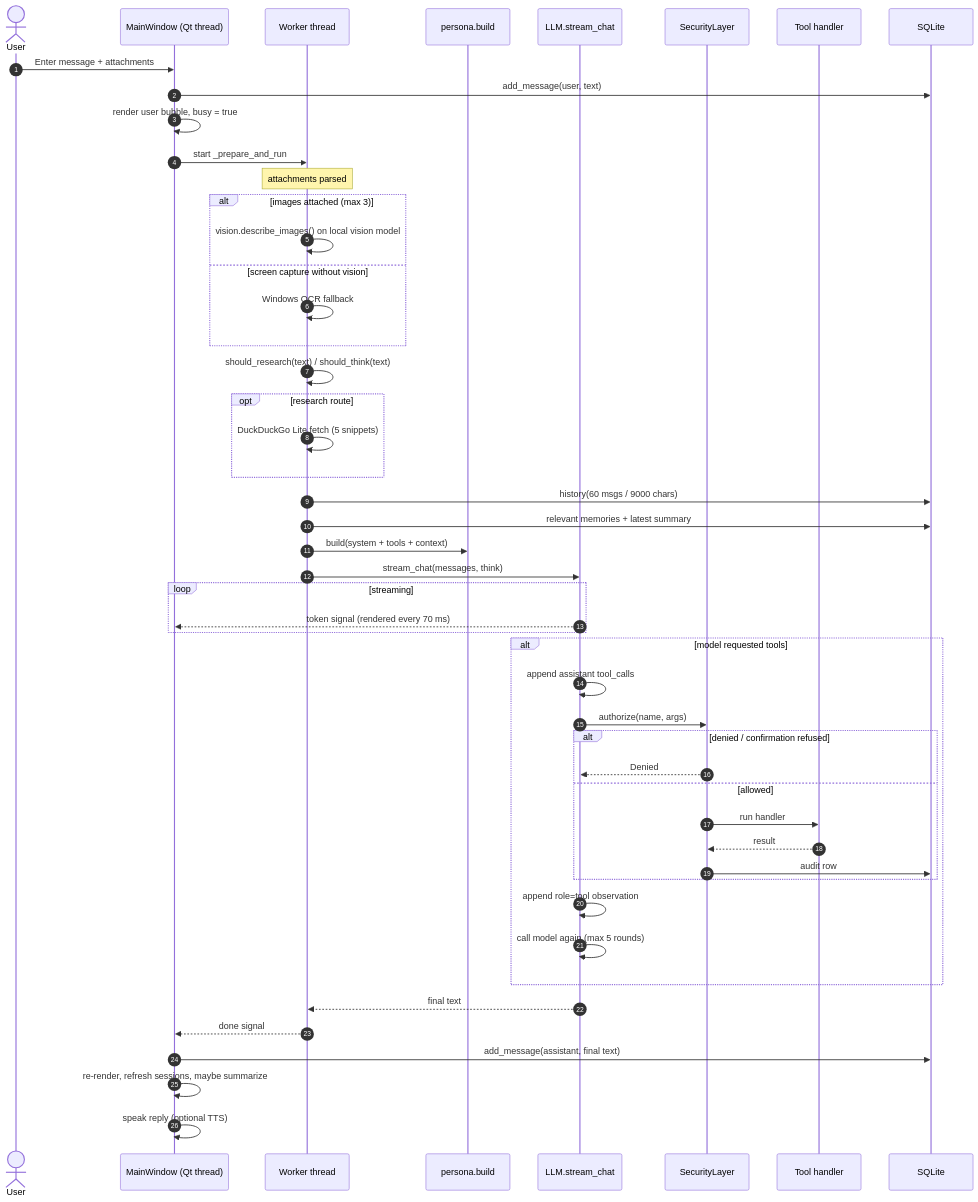
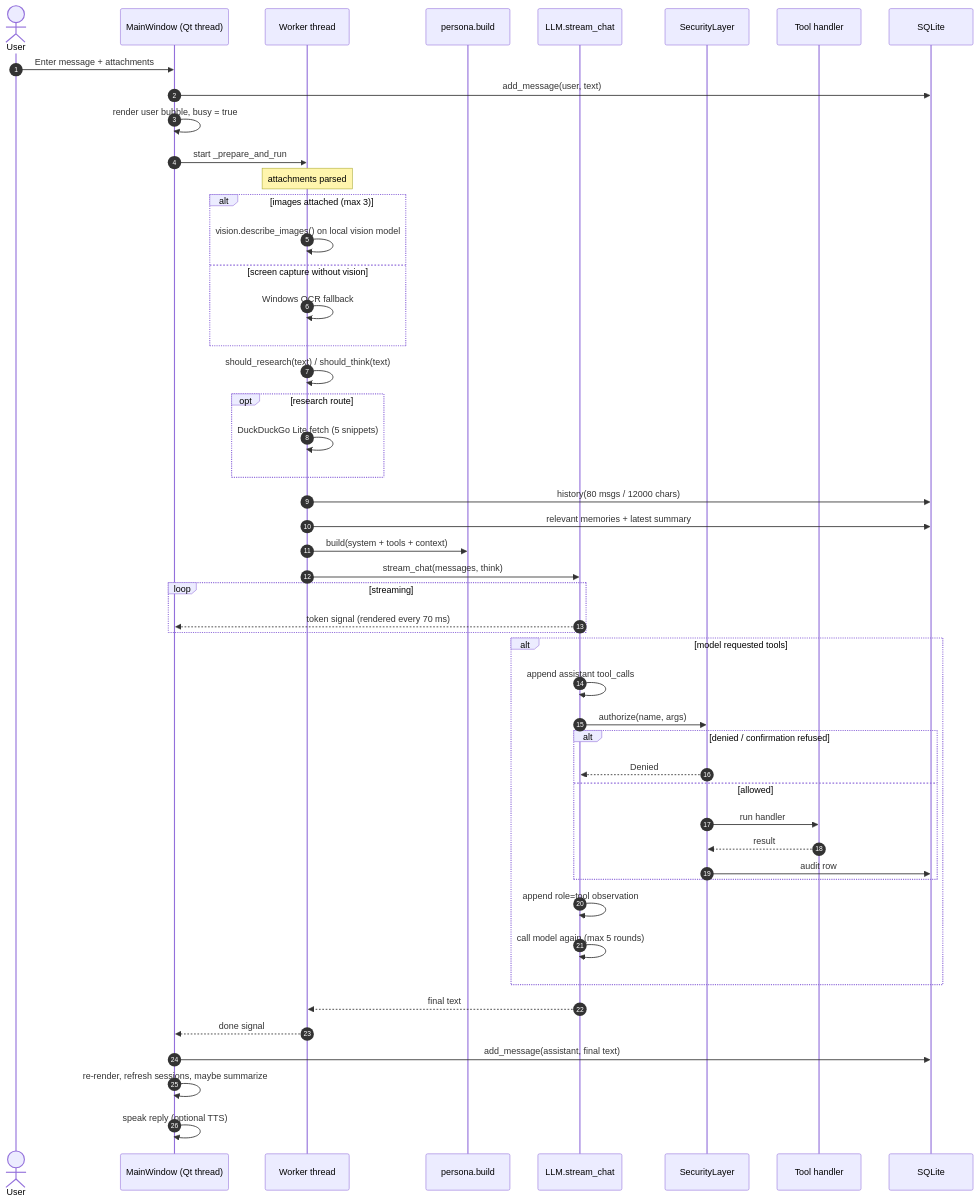
The first of 3 diagrams in docs/DATA_FLOW.md (Baichau/Himari), drawn with Mermaid before and after one commit. The commit also changed 91 other files, not shown here.

````diff
--- a/docs/DATA_FLOW.md
+++ b/docs/DATA_FLOW.md
@@ -7,52 +7,52 @@
 ```mermaid
 sequenceDiagram
     autonumber
     actor U as User
     participant W as MainWindow (Qt thread)
     participant T as Worker thread
     participant P as persona.build
     participant L as LLM.stream_chat
     participant S as SecurityLayer
     participant H as Tool handler
     participant D as SQLite
 
     U->>W: Enter message + attachments
     W->>D: add_message(user, text)
     W->>W: render user bubble, busy = true
     W->>T: start _prepare_and_run
     Note over T: attachments parsed
     alt images attached (max 3)
         T->>T: vision.describe_images() on local vision model
     else screen capture without vision
         T->>T: Windows OCR fallback
     end
     T->>T: should_research(text) / should_think(text)
     opt research route
         T->>T: DuckDuckGo Lite fetch (5 snippets)
     end
-    T->>D: history(60 msgs / 9000 chars)
+    T->>D: history(80 msgs / 12000 chars)
     T->>D: relevant memories + latest summary
     T->>P: build(system + tools + context)
     T->>L: stream_chat(messages, think)
     loop streaming
         L-->>W: token signal (rendered every 70 ms)
     end
     alt model requested tools
         L->>L: append assistant tool_calls
         L->>S: authorize(name, args)
         alt denied / confirmation refused
             S-->>L: Denied
         else allowed
             S->>H: run handler
             H-->>S: result
             S->>D: audit row
         end
         L->>L: append role=tool observation
         L->>L: call model again (max 5 rounds)
     end
     L-->>T: final text
     T-->>W: done signal
     W->>D: add_message(assistant, final text)
     W->>W: re-render, refresh sessions, maybe summarize
     W->>W: speak reply (optional TTS)
 ```
````
